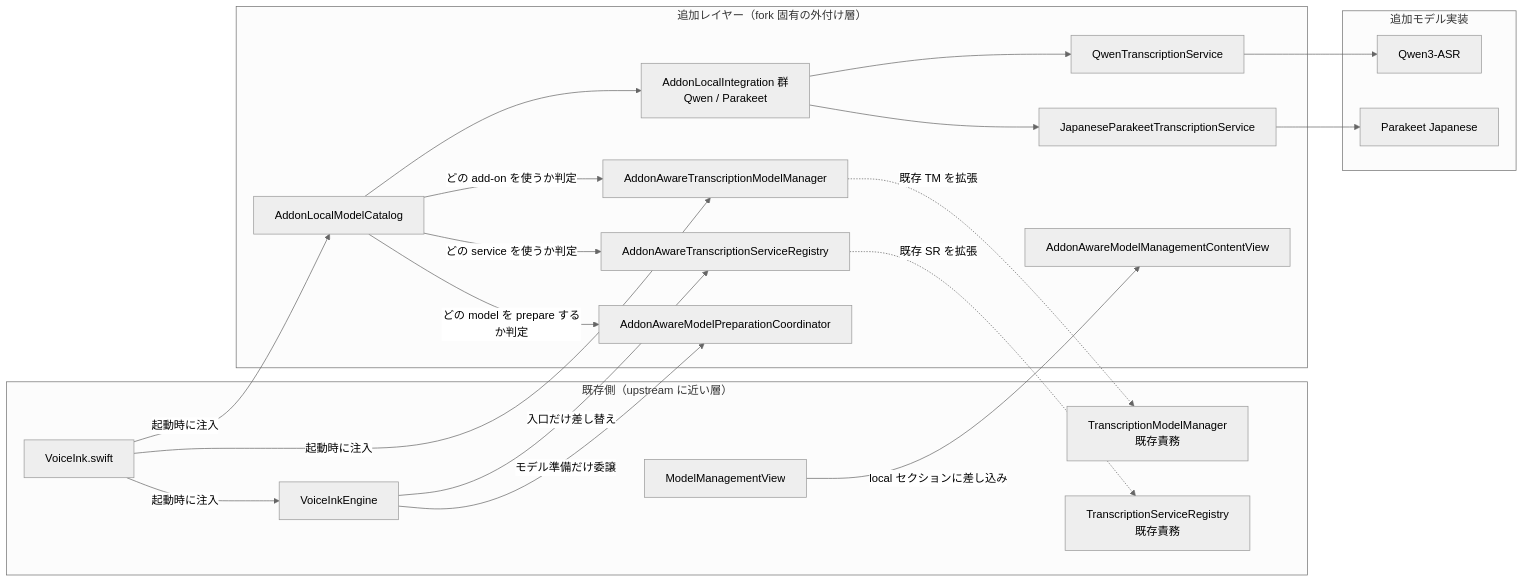
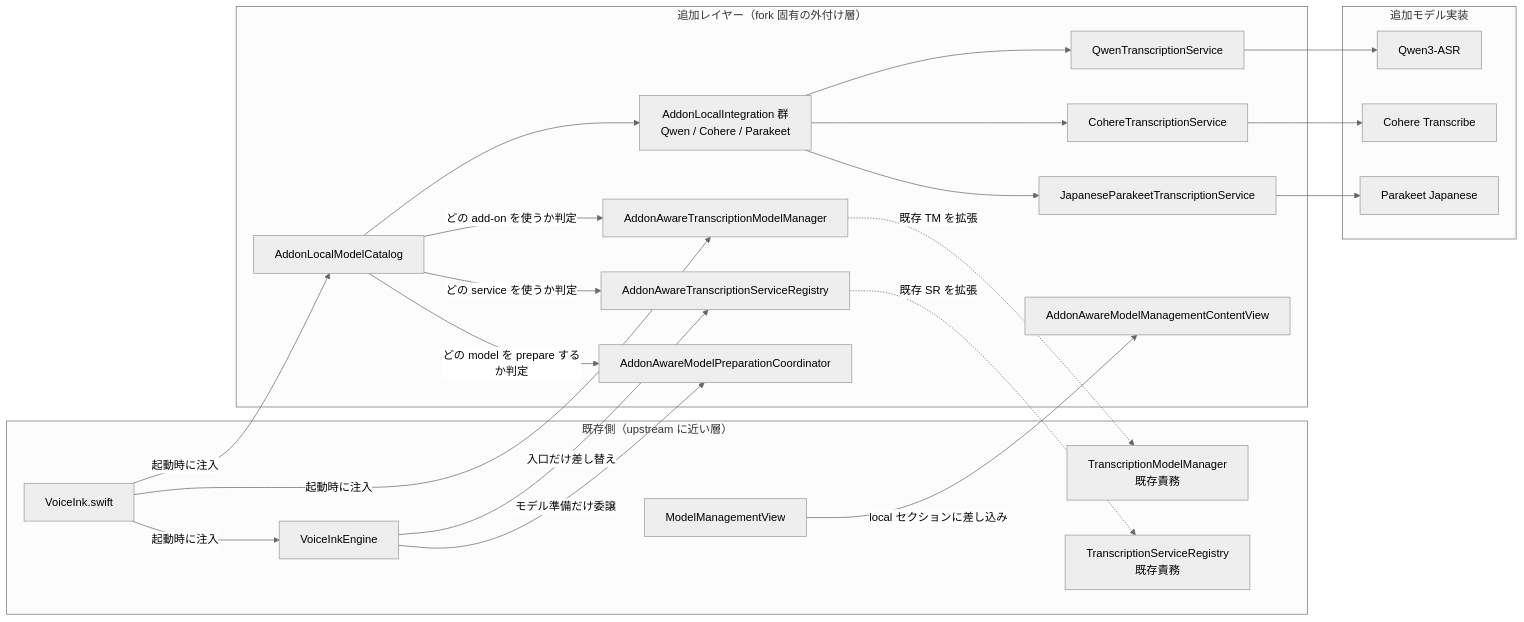
The diagram in docs/architecture/addon-local-model-integration.md (tomoyuki-mikami/VoiceInk), drawn with Mermaid (neutral theme) before and after one commit. The commit also changed other lines of this file and 8 other files, not shown here.

Commit message:
Add Cohere Transcribe local add-on (#2)

````diff
--- a/docs/architecture/addon-local-model-integration.md
+++ b/docs/architecture/addon-local-model-integration.md
@@ -13,49 +13,53 @@
 ```mermaid
 flowchart LR
     subgraph Upstream["既存側（upstream に近い層）"]
         App["VoiceInk.swift"]
         Engine["VoiceInkEngine"]
         UI["ModelManagementView"]
         TM["TranscriptionModelManager<br/>既存責務"]
         SR["TranscriptionServiceRegistry<br/>既存責務"]
     end
 
     subgraph Addon["追加レイヤー（fork 固有の外付け層）"]
         Catalog["AddonLocalModelCatalog"]
         AModelMgr["AddonAwareTranscriptionModelManager"]
         ARegistry["AddonAwareTranscriptionServiceRegistry"]
         Prep["AddonAwareModelPreparationCoordinator"]
-        Integrations["AddonLocalIntegration 群<br/>Qwen / Parakeet"]
+        Integrations["AddonLocalIntegration 群<br/>Qwen / Cohere / Parakeet"]
         AddonUI["AddonAwareModelManagementContentView"]
         QwenSvc["QwenTranscriptionService"]
+        CohereSvc["CohereTranscriptionService"]
         ParaSvc["JapaneseParakeetTranscriptionService"]
     end
 
     subgraph Models["追加モデル実装"]
         Qwen["Qwen3-ASR"]
+        Cohere["Cohere Transcribe"]
         Parakeet["Parakeet Japanese"]
     end
 
     App -->|"起動時に注入"| Catalog
     App -->|"起動時に注入"| AModelMgr
     App -->|"起動時に注入"| Engine
 
     Engine -->|"入口だけ差し替え"| ARegistry
     Engine -->|"モデル準備だけ委譲"| Prep
 
     UI -->|"local セクションに差し込み"| AddonUI
 
     AModelMgr -.->|"既存 TM を拡張"| TM
     ARegistry -.->|"既存 SR を拡張"| SR
 
     Catalog --> Integrations
     Integrations --> QwenSvc
+    Integrations --> CohereSvc
     Integrations --> ParaSvc
 
     QwenSvc --> Qwen
+    CohereSvc --> Cohere
     ParaSvc --> Parakeet
 
     Catalog -->|"どの add-on を使うか判定"| AModelMgr
     Catalog -->|"どの service を使うか判定"| ARegistry
     Catalog -->|"どの model を prepare するか判定"| Prep
 ```
````
